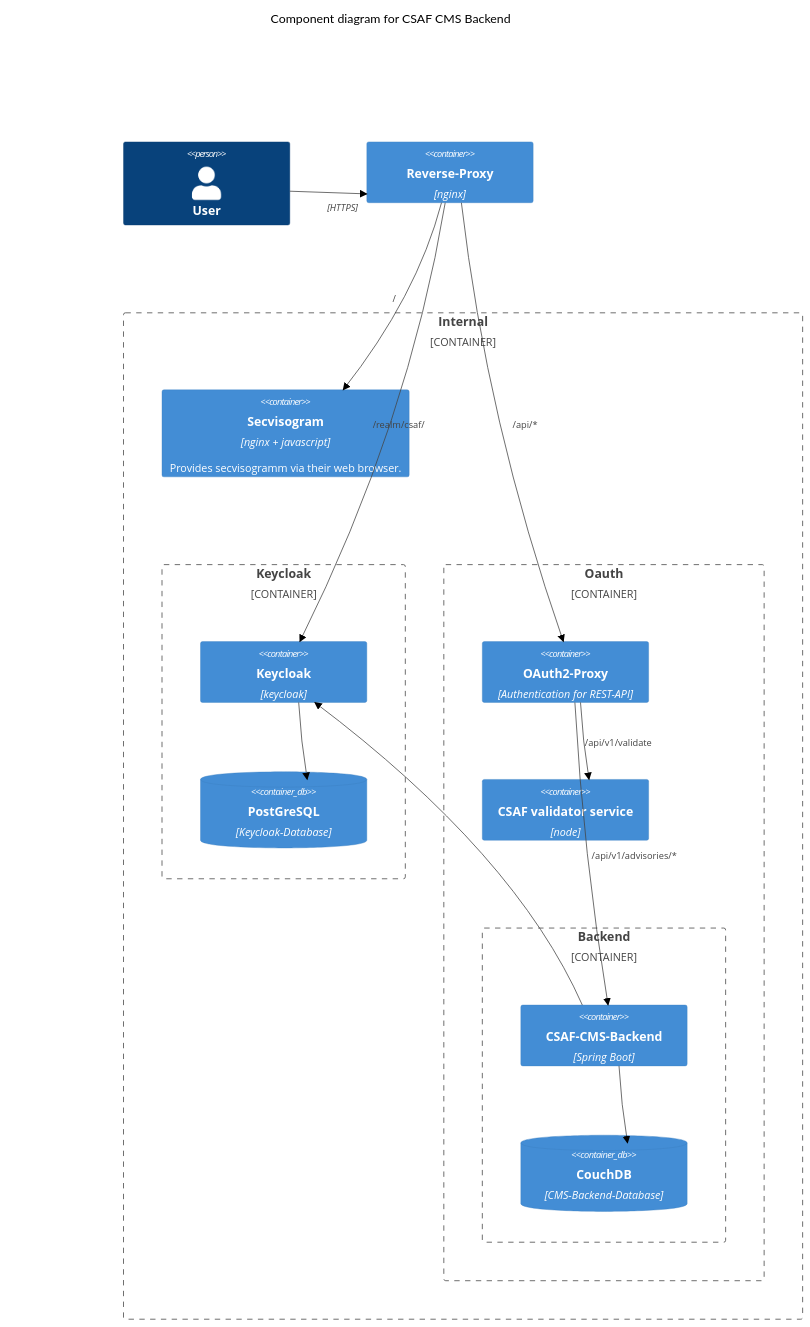
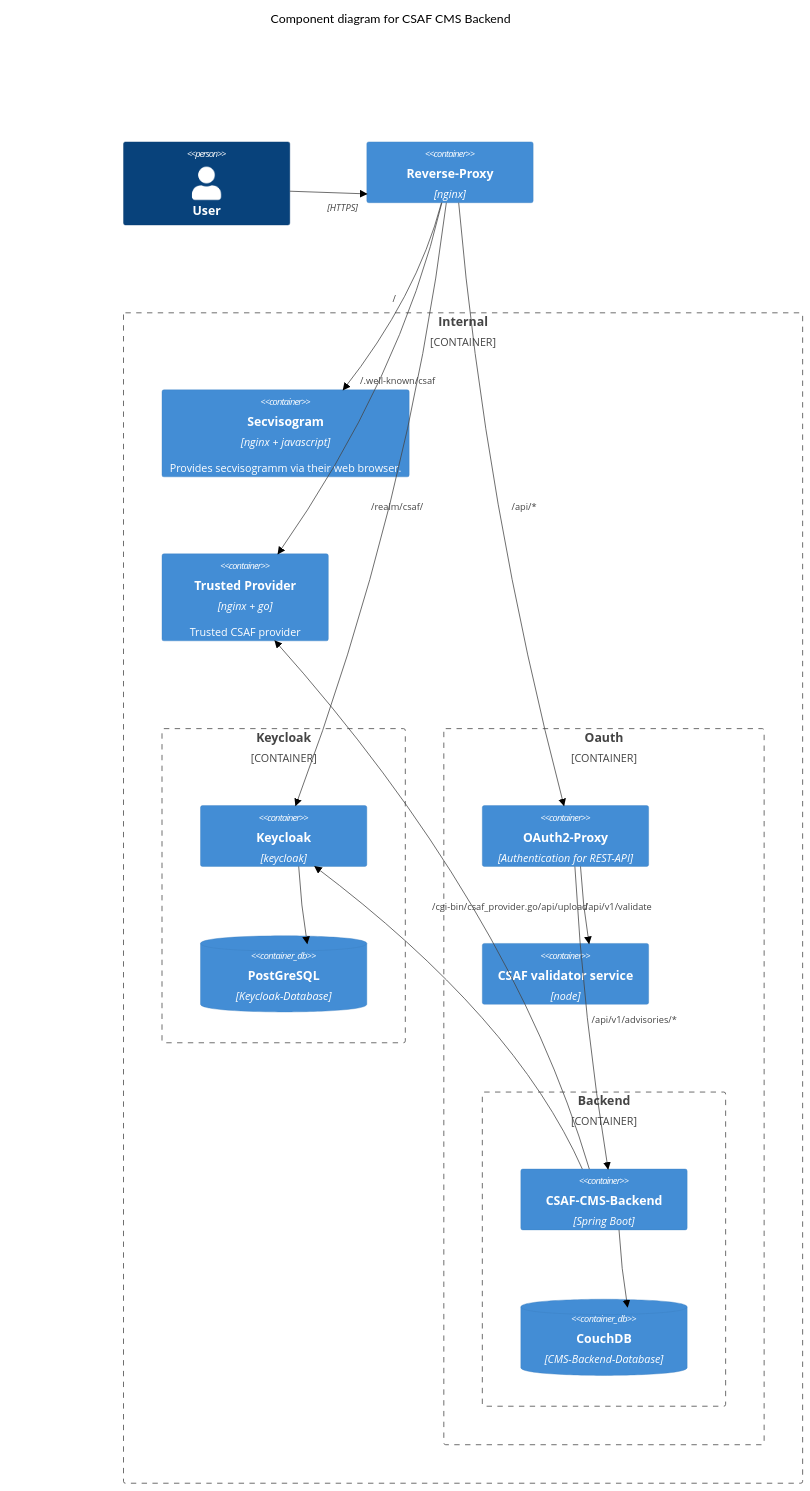
The diagram in README.md (secvisogram/csaf-cms-backend), drawn with Mermaid (neutral theme) before and after one commit. The commit also changed other lines of this file, not shown here.

````diff
--- a/README.md
+++ b/README.md
@@ -90,39 +90,43 @@
 ```mermaid
    C4Component
     title Component diagram for CSAF CMS Backend
 
     Person(user,"User")
     Container(reverseproxy, "Reverse-Proxy", "nginx")
     
     Container_Boundary(c4, "Internal") {
         Container(secvisogram, "Secvisogram", "nginx + javascript", "Provides secvisogramm via their web browser.")
 
         Container_Boundary(c2, "Keycloak") {
             Container(keycloak, "Keycloak", "keycloak")
             ContainerDb(keycloak-db, "PostGreSQL", "Keycloak-Database")
         }
 
         Container_Boundary(c3, "Oauth") {
             Container(oauth, "OAuth2-Proxy", "Authentication for REST-API")
             Container(validator, "CSAF validator service", "node")
 
             Container_Boundary(c1, "Backend") {
                 Container(backend, "CSAF-CMS-Backend", "Spring Boot")
                 ContainerDb(backend-db, "CouchDB", "CMS-Backend-Database")
             }
         }
+        
+        Container(trustedprovider, "Trusted Provider", "nginx + go", "Trusted CSAF provider")
     }
 
     Rel(user, reverseproxy,"","HTTPS")
     Rel(reverseproxy, secvisogram,"/")
+    Rel(reverseproxy, trustedprovider,"/.well-known/csaf")
     Rel(reverseproxy, oauth,"/api/*")
     Rel(reverseproxy, keycloak,"/realm/csaf/")
     Rel(oauth, validator, "/api/v1/test")
     Rel(oauth, validator, "/api/v1/validate")
     Rel(oauth, backend, "/api/v1/advisories/*")
     Rel(backend, backend-db,"")
     Rel(backend, keycloak,"")
     Rel(keycloak, keycloak-db,"")
+    Rel(backend, trustedprovider,"/cgi-bin/csaf_provider.go/api/upload")
    
 
 ```
````
